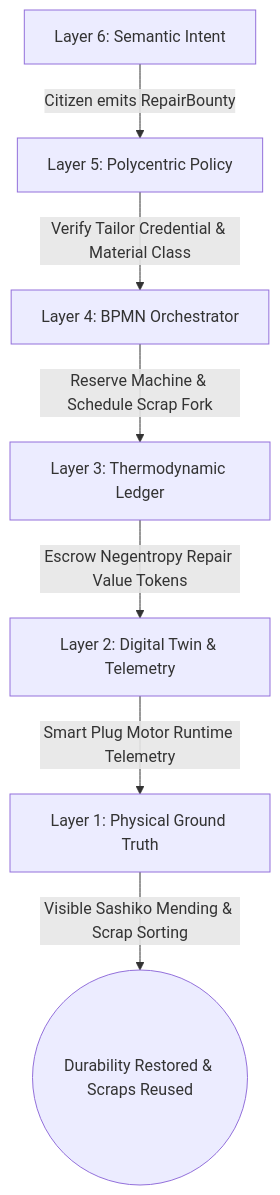
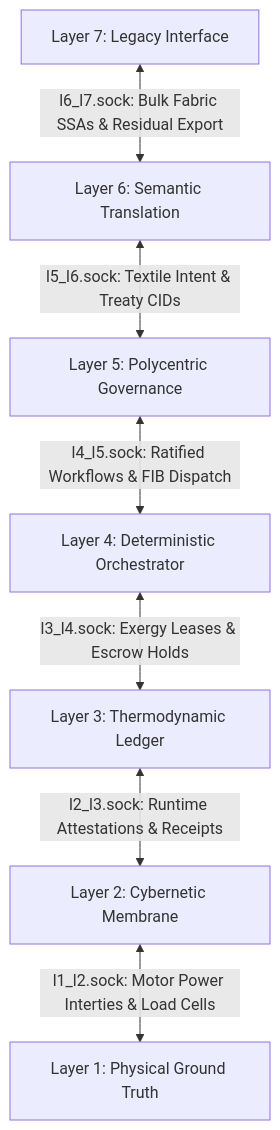
The first of 4 diagrams in docs/scenarios/nu_fashion.md (raffaine/collective), drawn with Mermaid before and after one commit. The commit also changed other lines of this file and 23 other files, not shown here.

````diff
--- a/docs/scenarios/nu_fashion.md
+++ b/docs/scenarios/nu_fashion.md
@@ -37,9 +39,9 @@
 ```mermaid
 graph TD
-    L6[Layer 6: Semantic Intent] -->|Citizen emits RepairBounty| L5[Layer 5: Polycentric Policy]
-    L5 -->|Verify Tailor Credential & Material Class| L4[Layer 4: BPMN Orchestrator]
-    L4 -->|Reserve Machine & Schedule Scrap Fork| L3[Layer 3: Thermodynamic Ledger]
-    L3 -->|Escrow Negentropy Repair Value Tokens| L2[Layer 2: Digital Twin & Telemetry]
-    L2 -->|Smart Plug Motor Runtime Telemetry| L1[Layer 1: Physical Ground Truth]
-    L1 -->|Visible Sashiko Mending & Scrap Sorting| End((Durability Restored & Scraps Reused))
+    L7[Layer 7: Legacy Interface] <-->|l6_l7.sock: Bulk Fabric SSAs & Residual Export| L6[Layer 6: Semantic Translation]
+    L6 <-->|l5_l6.sock: Textile Intent & Treaty CIDs| L5[Layer 5: Polycentric Governance]
+    L5 <-->|l4_l5.sock: Ratified Workflows & FIB Dispatch| L4[Layer 4: Deterministic Orchestrator]
+    L4 <-->|l3_l4.sock: Exergy Leases & Escrow Holds| L3[Layer 3: Thermodynamic Ledger]
+    L3 <-->|l2_l3.sock: Runtime Attestations & Receipts| L2[Layer 2: Cybernetic Membrane]
+    L2 <-->|l1_l2.sock: Motor Power Interties & Load Cells| L1[Layer 1: Physical Ground Truth]
 ```
````
